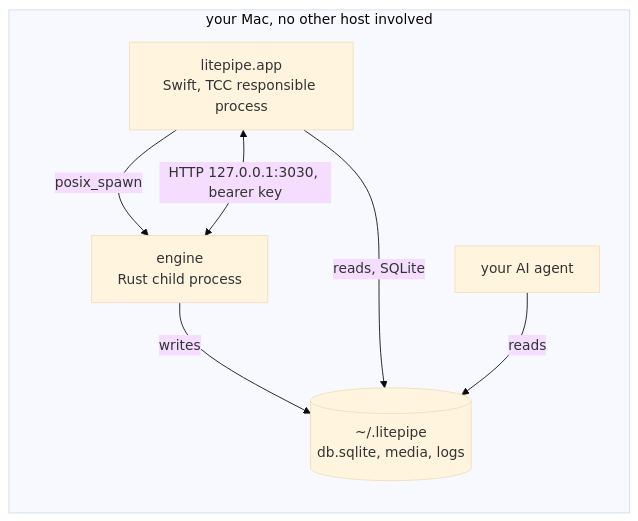
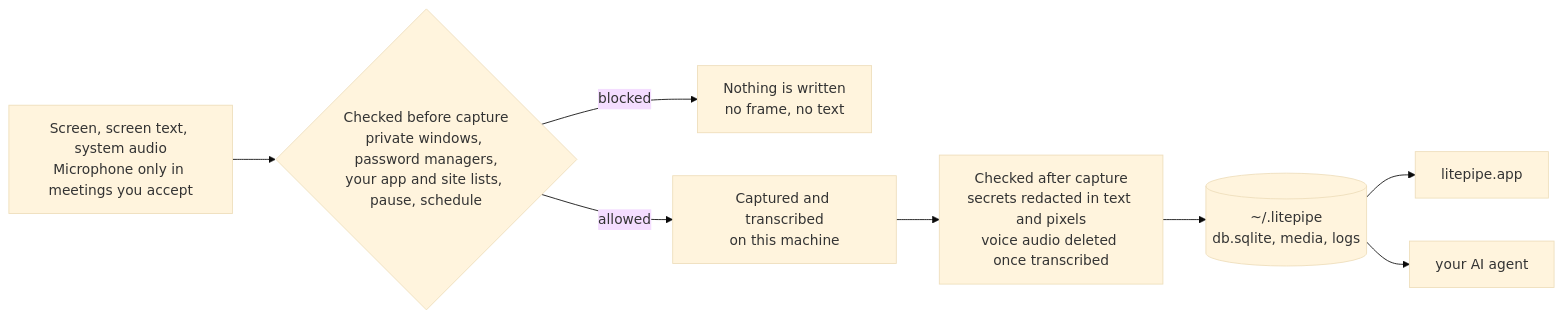
The first of 2 diagrams in README.md (Rafaelpta/litepipe), drawn with Mermaid (base theme) before and after one commit. The commit also changed other lines of this file, not shown here.

Commit message:
docs: architecture diagram shows the two checkpoints, not the plumbing

````diff
--- a/README.md
+++ b/README.md
@@ -115,14 +116,11 @@
 ```mermaid
 flowchart LR
-    subgraph MAC["your Mac, no other host involved"]
-        APP["litepipe.app<br/>Swift, TCC responsible process"]
-        ENG["engine<br/>Rust child process"]
-        DIR[("~/.litepipe<br/>db.sqlite, media, logs")]
-        AGT["your AI agent"]
-    end
-    APP -->|"posix_spawn"| ENG
-    APP <-->|"HTTP 127.0.0.1:3030, bearer key"| ENG
-    ENG -->|"writes"| DIR
-    APP -->|"reads, SQLite"| DIR
-    AGT -->|"reads"| DIR
+    IN["Screen, screen text, system audio<br/>Microphone only in meetings you accept"] --> G1
+    G1{"Checked before capture<br/>private windows, password managers,<br/>your app and site lists, pause, schedule"}
+    G1 -->|"blocked"| NONE["Nothing is written<br/>no frame, no text"]
+    G1 -->|"allowed"| CAP["Captured and transcribed<br/>on this machine"]
+    CAP --> G2["Checked after capture<br/>secrets redacted in text and pixels<br/>voice audio deleted once transcribed"]
+    G2 --> DISK[("~/.litepipe<br/>db.sqlite, media, logs")]
+    DISK --> APP["litepipe.app"]
+    DISK --> AGT["your AI agent"]
 ```
````
